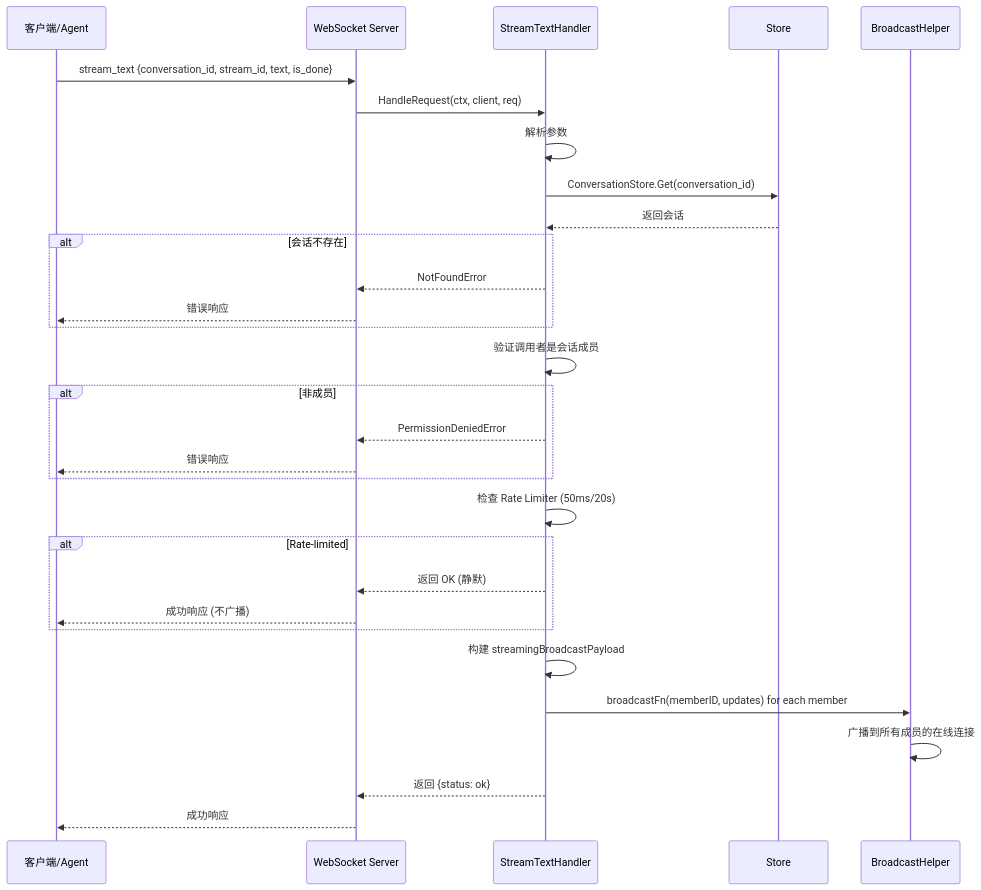
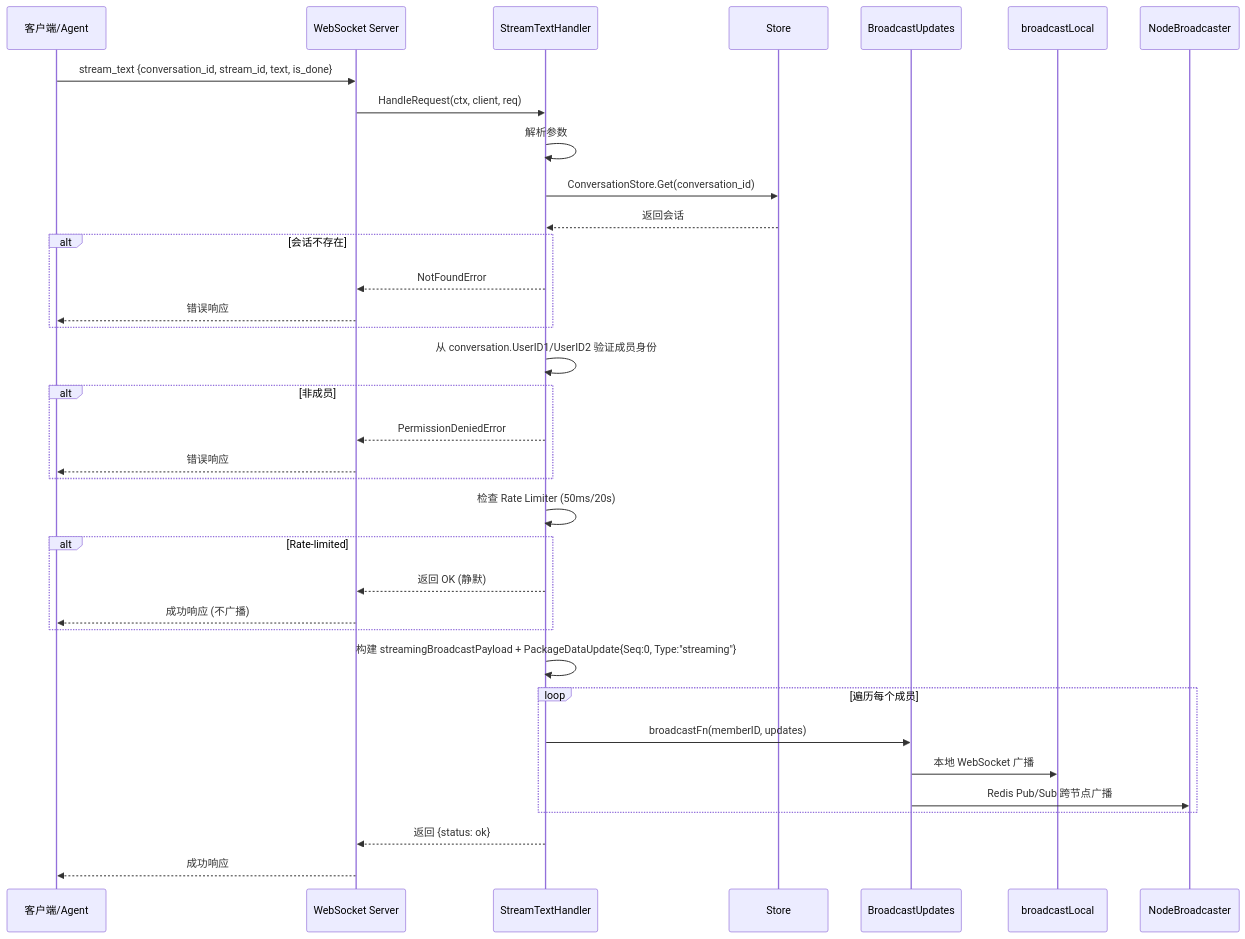
One commit to PineappleBond/xyncra-server changed the first of 8 diagrams in wiki/flows/stream-text.md. Above: the diagram before and after it, drawn with Mermaid. The commit also changed other lines of this file and 16 other files, not shown here.

First line of the commit message:
docs(wiki): comprehensive review and fix of all flow documents

````diff
--- a/wiki/flows/stream-text.md
+++ b/wiki/flows/stream-text.md
@@ -39,41 +39,46 @@
 ```mermaid
 sequenceDiagram
     participant C as 客户端/Agent
     participant WS as WebSocket Server
     participant H as StreamTextHandler
     participant S as Store
-    participant B as BroadcastHelper
+    participant BU as BroadcastUpdates
+    participant BL as broadcastLocal
+    participant NB as NodeBroadcaster
 
     C->>WS: stream_text {conversation_id, stream_id, text, is_done}
     WS->>H: HandleRequest(ctx, client, req)
 
     H->>H: 解析参数
     H->>S: ConversationStore.Get(conversation_id)
     S-->>H: 返回会话
 
     alt 会话不存在
         H-->>WS: NotFoundError
         WS-->>C: 错误响应
     end
 
-    H->>H: 验证调用者是会话成员
+    H->>H: 从 conversation.UserID1/UserID2 验证成员身份
 
     alt 非成员
         H-->>WS: PermissionDeniedError
         WS-->>C: 错误响应
     end
 
     H->>H: 检查 Rate Limiter (50ms/20s)
 
     alt Rate-limited
         H-->>WS: 返回 OK (静默)
         WS-->>C: 成功响应 (不广播)
     end
 
-    H->>H: 构建 streamingBroadcastPayload
-    H->>B: broadcastFn(memberID, updates) for each member
-    B->>B: 广播到所有成员的在线连接
+    H->>H: 构建 streamingBroadcastPayload + PackageDataUpdate{Seq:0, Type:"streaming"}
+    loop 遍历每个成员
+        H->>BU: broadcastFn(memberID, updates)
+        BU->>BL: 本地 WebSocket 广播
+        BU->>NB: Redis Pub/Sub 跨节点广播
+    end
 
     H-->>WS: 返回 {status: ok}
     WS-->>C: 成功响应
 ```
````
